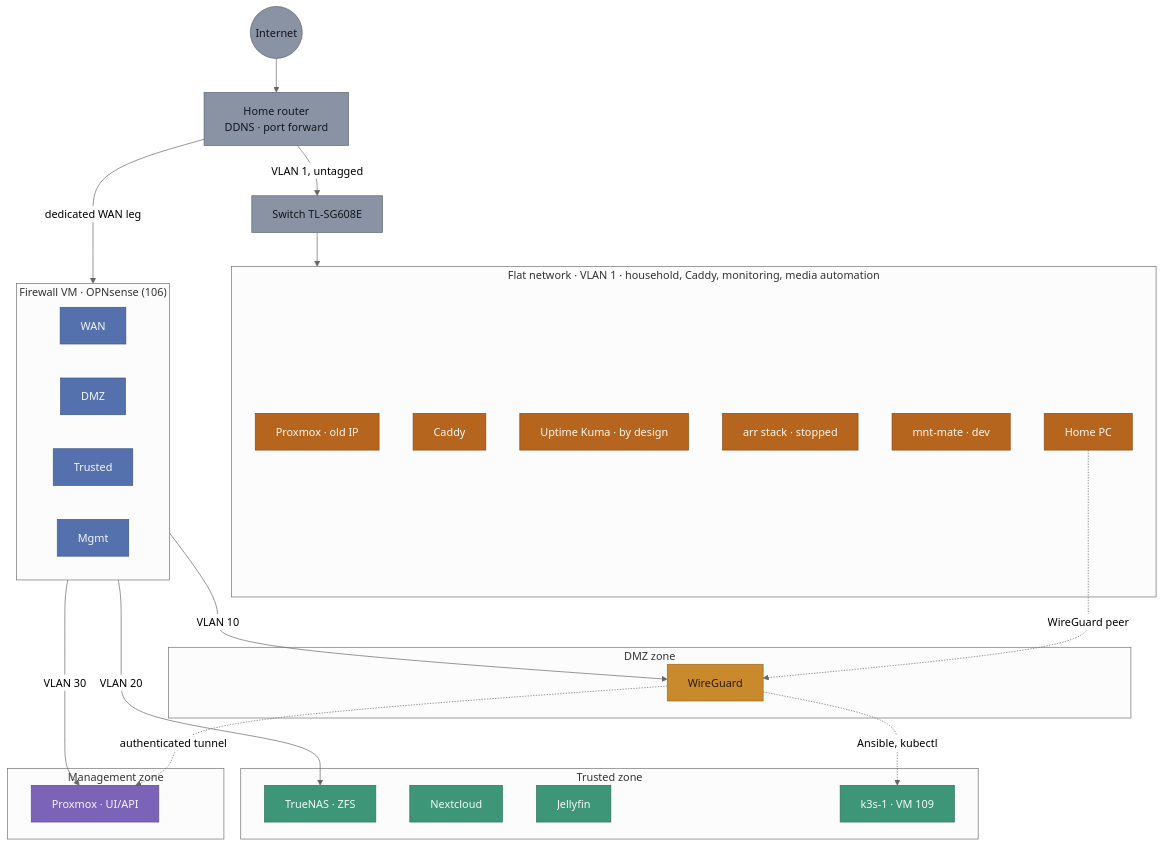
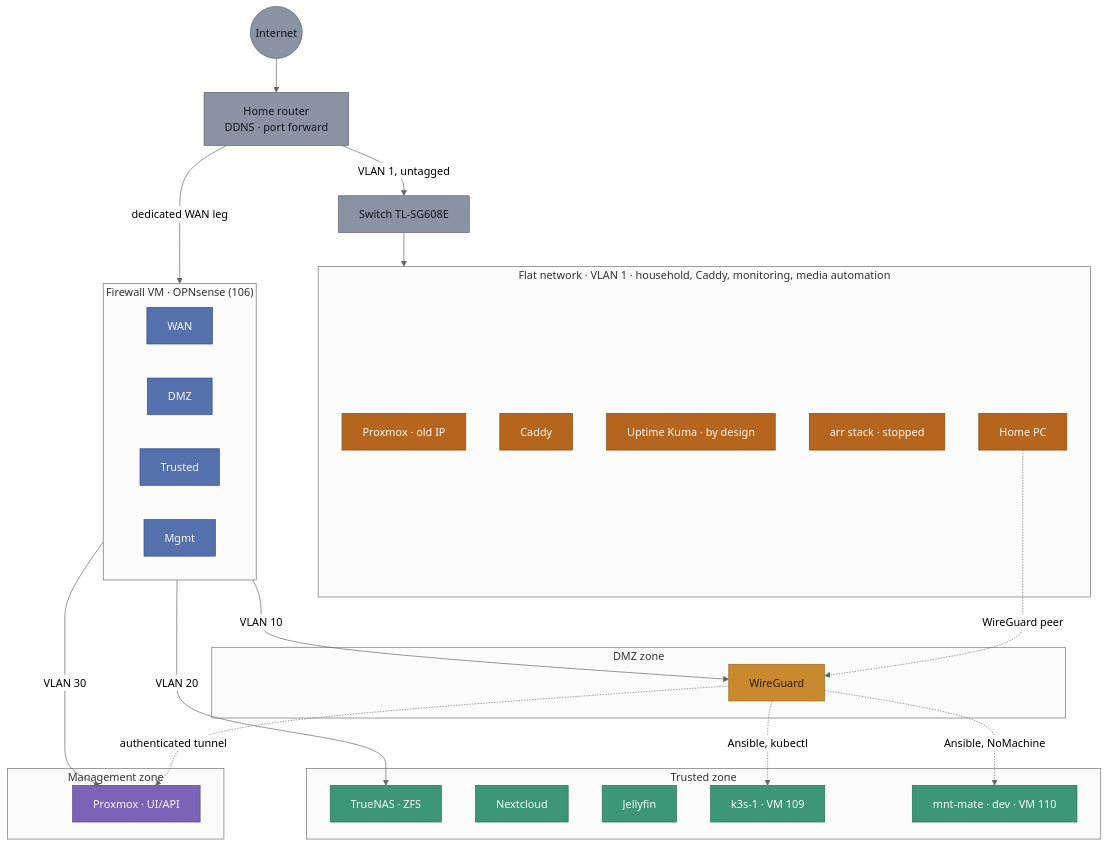
The first of 6 diagrams in docs/NETWORK.md (RuiGRMargarido/homelab), drawn with Mermaid (neutral theme) before and after one commit. The commit also changed other lines of this file and 8 other files, not shown here.

````diff
--- a/docs/NETWORK.md
+++ b/docs/NETWORK.md
@@ -17,59 +17,60 @@
 ```mermaid
 flowchart TB
     INT(("Internet")):::neut
     ROUTER["Home router<br/>DDNS · port forward"]:::neut
     INT --> ROUTER
 
     SW["Switch TL-SG608E"]:::neut
     ROUTER -- "VLAN 1, untagged" --> SW
     ROUTER -- "dedicated WAN leg" --> FWWAN
 
     subgraph FLAT["Flat network · VLAN 1 · household, Caddy, monitoring, media automation"]
         PVEA["Proxmox · old IP"]:::flat
         CADDY["Caddy"]:::flat
         KUMA["Uptime Kuma · by design"]:::flat
         ARR["arr stack · stopped"]:::flat
-        MNT["mnt-mate · dev"]:::flat
         PC["Home PC"]:::flat
     end
 
     SW --> FLAT
 
     subgraph FW["Firewall VM · OPNsense (106)"]
         direction LR
         FWWAN["WAN"]:::fw
         FWDMZ["DMZ"]:::fw
         FWTRU["Trusted"]:::fw
         FWMGM["Mgmt"]:::fw
     end
 
     FWDMZ -- "VLAN 10" --> WG
     FWTRU -- "VLAN 20" --> TN
     FWMGM -- "VLAN 30" --> PVEB
 
     subgraph DMZ["DMZ zone"]
         WG["WireGuard"]:::dmz
     end
 
     subgraph TRUSTED["Trusted zone"]
         NC["Nextcloud"]:::tru
         JF["Jellyfin"]:::tru
         TN["TrueNAS · ZFS"]:::tru
         K3S["k3s-1 · VM 109"]:::tru
+        MNT["mnt-mate · dev · VM 110"]:::tru
     end
 
     subgraph MGMT["Management zone"]
         PVEB["Proxmox · UI/API"]:::mgmt
     end
 
     PC -. "WireGuard peer" .-> WG
     WG -. "authenticated tunnel" .-> PVEB
     WG -. "Ansible, kubectl" .-> K3S
+    WG -. "Ansible, NoMachine" .-> MNT
 
     classDef neut fill:#8A93A3,stroke:#5B6472,color:#12161C
     classDef flat fill:#B5651D,stroke:#8A4A15,color:#FFF8F0
     classDef fw fill:#5470AD,stroke:#3C568C,color:#F5F7FA
     classDef dmz fill:#C98A2E,stroke:#9C6B1F,color:#2A1B04
     classDef mgmt fill:#7B63B8,stroke:#5E4A93,color:#F5F7FA
     classDef tru fill:#3E9678,stroke:#2C7259,color:#F5F7FA
 ```
````
